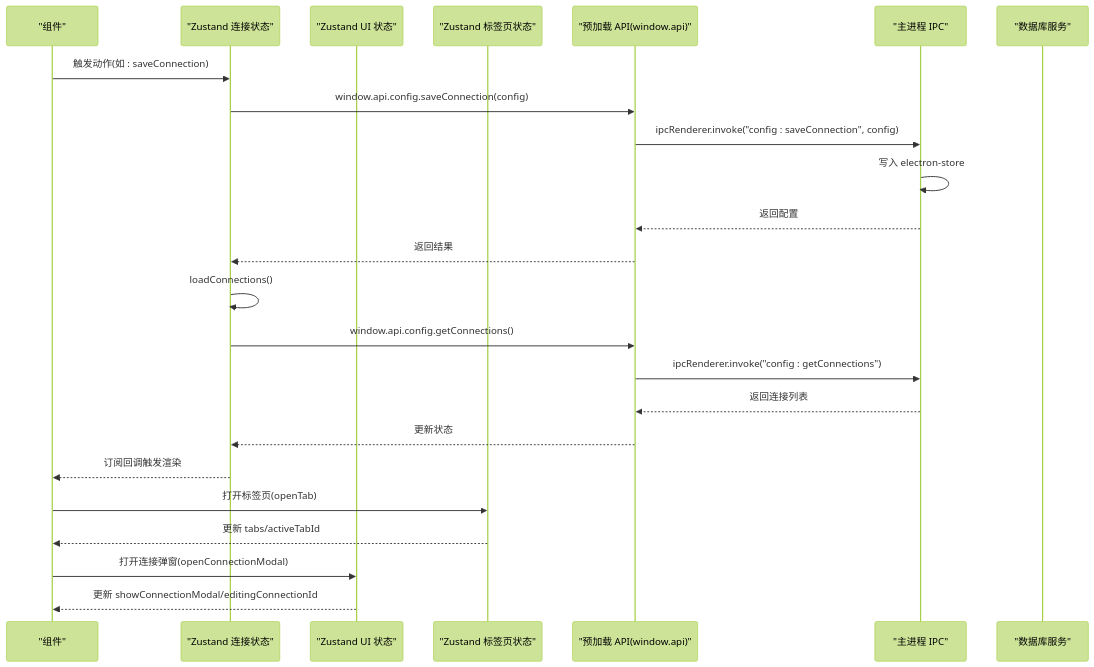
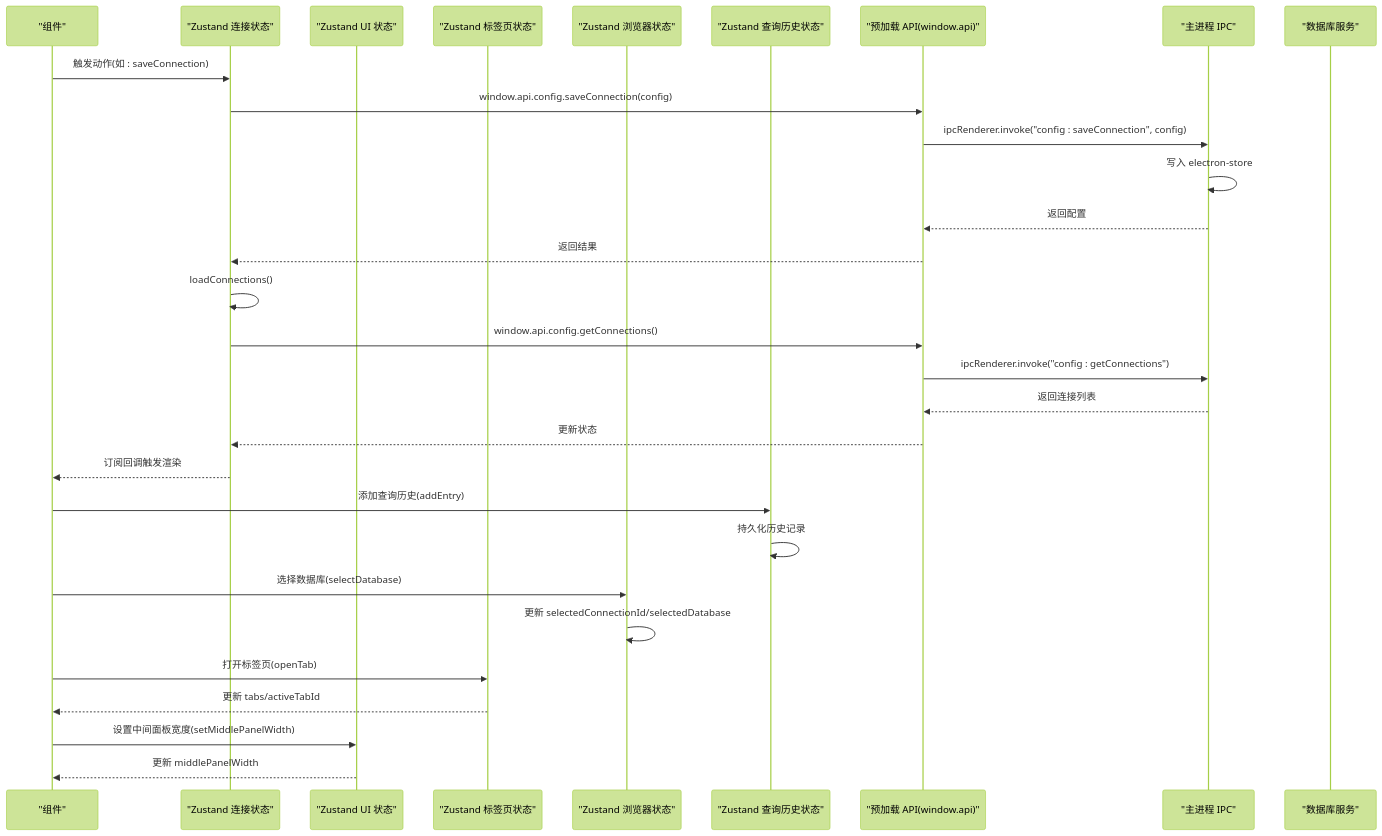
Before and after one commit to wwenbo2048/nexsql: the second of 8 diagrams in .qoder/repowiki/zh/content/状态管理/状态管理.md, drawn with Mermaid (forest theme). The commit also changed other lines of this file and 19 other files, not shown here.

````diff
--- a/.qoder/repowiki/zh/content/状态管理/状态管理.md
+++ b/.qoder/repowiki/zh/content/状态管理/状态管理.md
@@ -100,26 +128,32 @@
 ```mermaid
 sequenceDiagram
 participant UI as "组件"
 participant ZC as "Zustand 连接状态"
 participant ZU as "Zustand UI 状态"
 participant ZT as "Zustand 标签页状态"
+participant ZB as "Zustand 浏览器状态"
+participant ZH as "Zustand 查询历史状态"
 participant Preload as "预加载 API(window.api)"
 participant Main as "主进程 IPC"
 participant DB as "数据库服务"
 UI->>ZC : 触发动作(如 : saveConnection)
 ZC->>Preload : window.api.config.saveConnection(config)
 Preload->>Main : ipcRenderer.invoke("config : saveConnection", config)
 Main->>Main : 写入 electron-store
 Main-->>Preload : 返回配置
 Preload-->>ZC : 返回结果
 ZC->>ZC : loadConnections()
 ZC->>Preload : window.api.config.getConnections()
 Preload->>Main : ipcRenderer.invoke("config : getConnections")
 Main-->>Preload : 返回连接列表
 Preload-->>ZC : 更新状态
 ZC-->>UI : 订阅回调触发渲染
+UI->>ZH : 添加查询历史(addEntry)
+ZH->>ZH : 持久化历史记录
+UI->>ZB : 选择数据库(selectDatabase)
+ZB->>ZB : 更新 selectedConnectionId/selectedDatabase
 UI->>ZT : 打开标签页(openTab)
 ZT-->>UI : 更新 tabs/activeTabId
-UI->>ZU : 打开连接弹窗(openConnectionModal)
-ZU-->>UI : 更新 showConnectionModal/editingConnectionId
+UI->>ZU : 设置中间面板宽度(setMiddlePanelWidth)
+ZU-->>UI : 更新 middlePanelWidth
 ```
````
